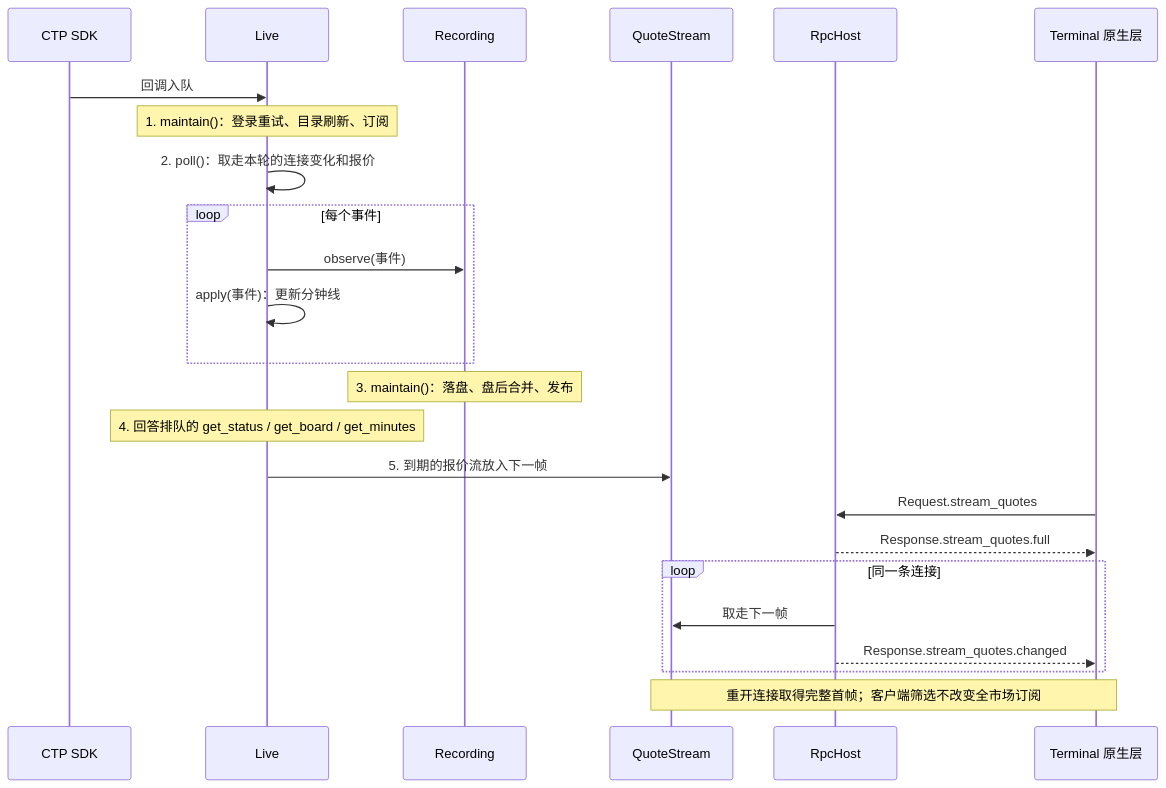
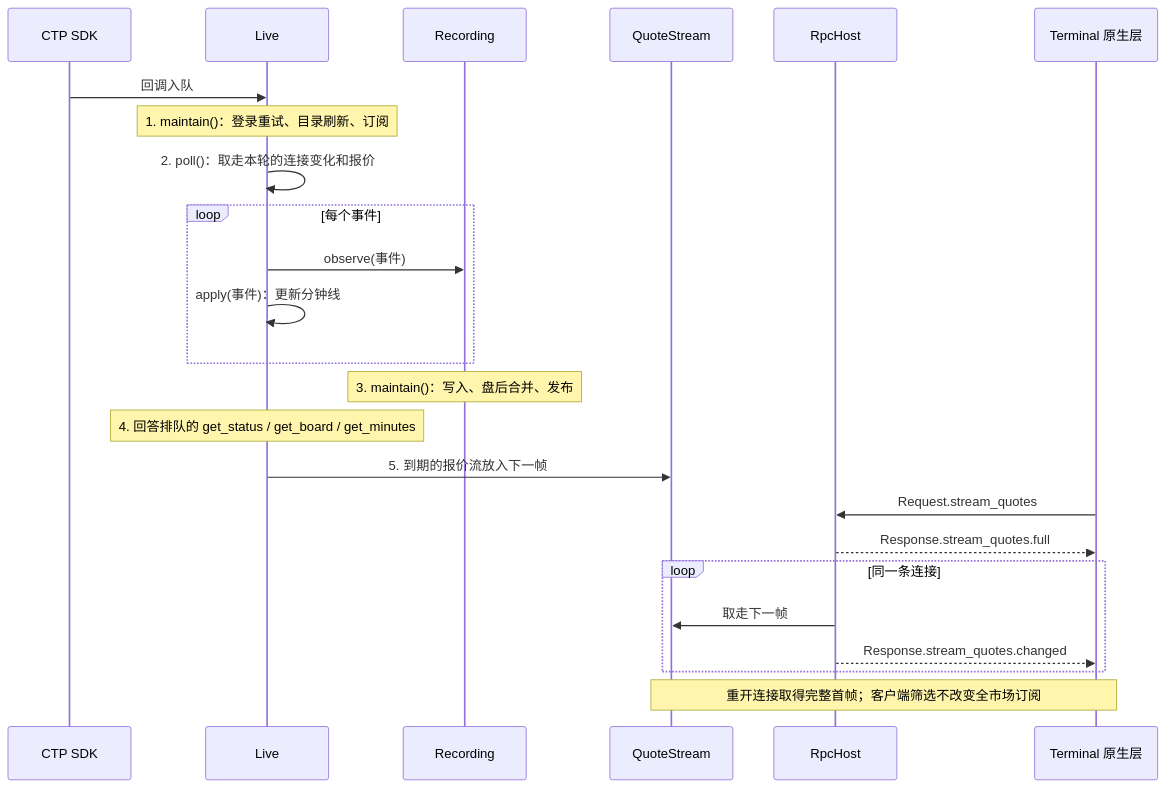
One commit to isqiwen/asterion-terminal changed the fourth of 5 diagrams in docs/market/architecture.md. Above: the diagram before and after it, drawn with Mermaid. The commit also changed other lines of this file and 15 other files, not shown here.

````diff
--- a/docs/market/architecture.md
+++ b/docs/market/architecture.md
@@ -144,26 +144,26 @@
 ```mermaid
 sequenceDiagram
     participant SDK as CTP SDK
     participant Live
     participant Recording
     participant Stream as QuoteStream
     participant RPC as RpcHost
     participant Client as Terminal 原生层
     SDK->>Live: 回调入队
     Note over Live: 1. maintain()：登录重试、目录刷新、订阅
     Live->>Live: 2. poll()：取走本轮的连接变化和报价
     loop 每个事件
         Live->>Recording: observe(事件)
         Live->>Live: apply(事件)：更新分钟线
     end
-    Note over Recording: 3. maintain()：落盘、盘后合并、发布
+    Note over Recording: 3. maintain()：写入、盘后合并、发布
     Note over Live: 4. 回答排队的 get_status / get_board / get_minutes
     Live->>Stream: 5. 到期的报价流放入下一帧
     Client->>RPC: Request.stream_quotes
     RPC-->>Client: Response.stream_quotes.full
     loop 同一条连接
         RPC->>Stream: 取走下一帧
         RPC-->>Client: Response.stream_quotes.changed
     end
     Note over Client,Stream: 重开连接取得完整首帧；客户端筛选不改变全市场订阅
 ```
````
